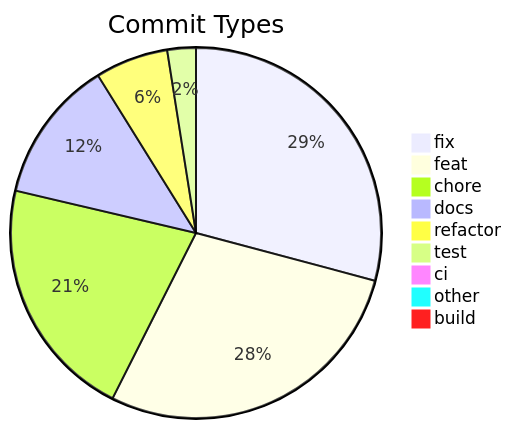
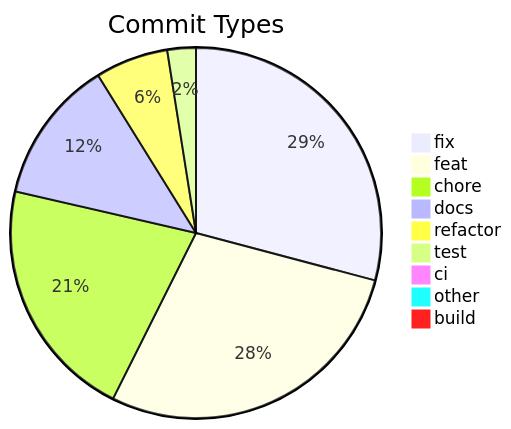
Before and after one commit to svenroth-ai/shipwright: the diagram in .shipwright/compliance/change-history.md, drawn with Mermaid. The commit also changed other lines of this file and 8 other files, not shown here.

````diff
--- a/.shipwright/compliance/change-history.md
+++ b/.shipwright/compliance/change-history.md
@@ -8,12 +8,12 @@
 ```mermaid
 pie title Commit Types
     "fix" : 339
     "feat" : 329
     "chore" : 247
-    "docs" : 145
+    "docs" : 146
     "refactor" : 74
     "test" : 29
     "ci" : 11
     "other" : 9
     "build" : 1
 ```
````
